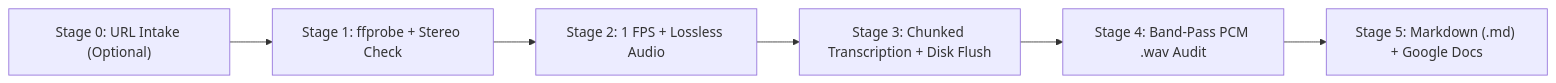
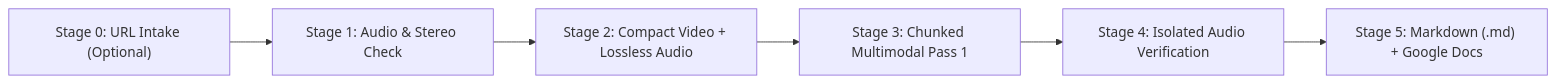
Before and after one commit to osbornec/video-transcription: the diagram in README.md, drawn with Mermaid. The commit also changed other lines of this file and 13 other files, not shown here.

````diff
--- a/README.md
+++ b/README.md
@@ -37,8 +39,8 @@
 ```mermaid
 flowchart LR
-    S0["Stage 0: URL Intake (Optional)"] --> S1["Stage 1: ffprobe + Stereo Check"]
-    S1 --> S2["Stage 2: 1 FPS + Lossless Audio"]
-    S2 --> S3["Stage 3: Chunked Transcription + Disk Flush"]
-    S3 --> S4["Stage 4: Band-Pass PCM .wav Audit"]
+    S0["Stage 0: URL Intake (Optional)"] --> S1["Stage 1: Audio & Stereo Check"]
+    S1 --> S2["Stage 2: Compact Video + Lossless Audio"]
+    S2 --> S3["Stage 3: Chunked Multimodal Pass 1"]
+    S3 --> S4["Stage 4: Isolated Audio Verification"]
     S4 --> S5["Stage 5: Markdown (.md) + Google Docs"]
 ```
````
